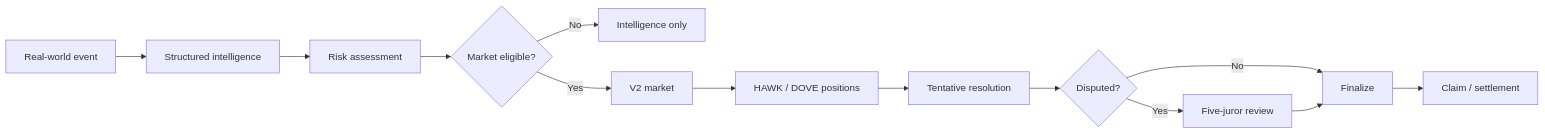
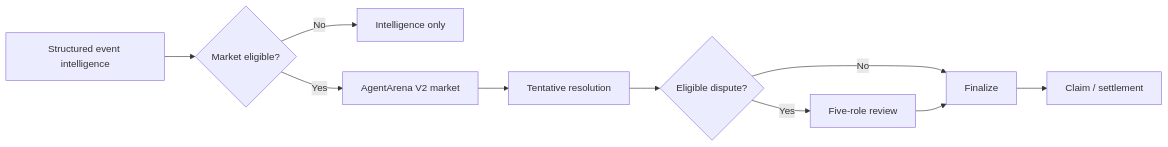
Before and after one commit to blocknine0/geomacro: the second of 2 diagrams in README.md, drawn with Mermaid. The commit also changed other lines of this file, not shown here.

````diff
--- a/README.md
+++ b/README.md
@@ -177,19 +329,12 @@
 ```mermaid
 graph LR;
-    EVENT["Real-world event"] --> INTEL["Structured intelligence"];
-    INTEL --> RISK["Risk assessment"];
-    RISK --> ELIGIBLE{"Market eligible?"};
-
-    ELIGIBLE -->|No| READ["Intelligence only"];
-    ELIGIBLE -->|Yes| MARKET["V2 market"];
-
-    MARKET --> POSITION["HAWK / DOVE positions"];
-    POSITION --> RESOLUTION["Tentative resolution"];
-
-    RESOLUTION --> CHALLENGE{"Disputed?"};
-    CHALLENGE -->|No| FINAL["Finalize"];
-    CHALLENGE -->|Yes| JURY["Five-juror review"];
-
+    EVENT["Structured event intelligence"] --> ELIGIBLE{"Market eligible?"};
+    ELIGIBLE -->|No| INTEL["Intelligence only"];
+    ELIGIBLE -->|Yes| MARKET["AgentArena V2 market"];
+    MARKET --> RESOLVE["Tentative resolution"];
+    RESOLVE --> DISPUTE{"Eligible dispute?"};
+    DISPUTE -->|No| FINAL["Finalize"];
+    DISPUTE -->|Yes| JURY["Five-role review"];
     JURY --> FINAL;
     FINAL --> CLAIM["Claim / settlement"];
 ```
````
